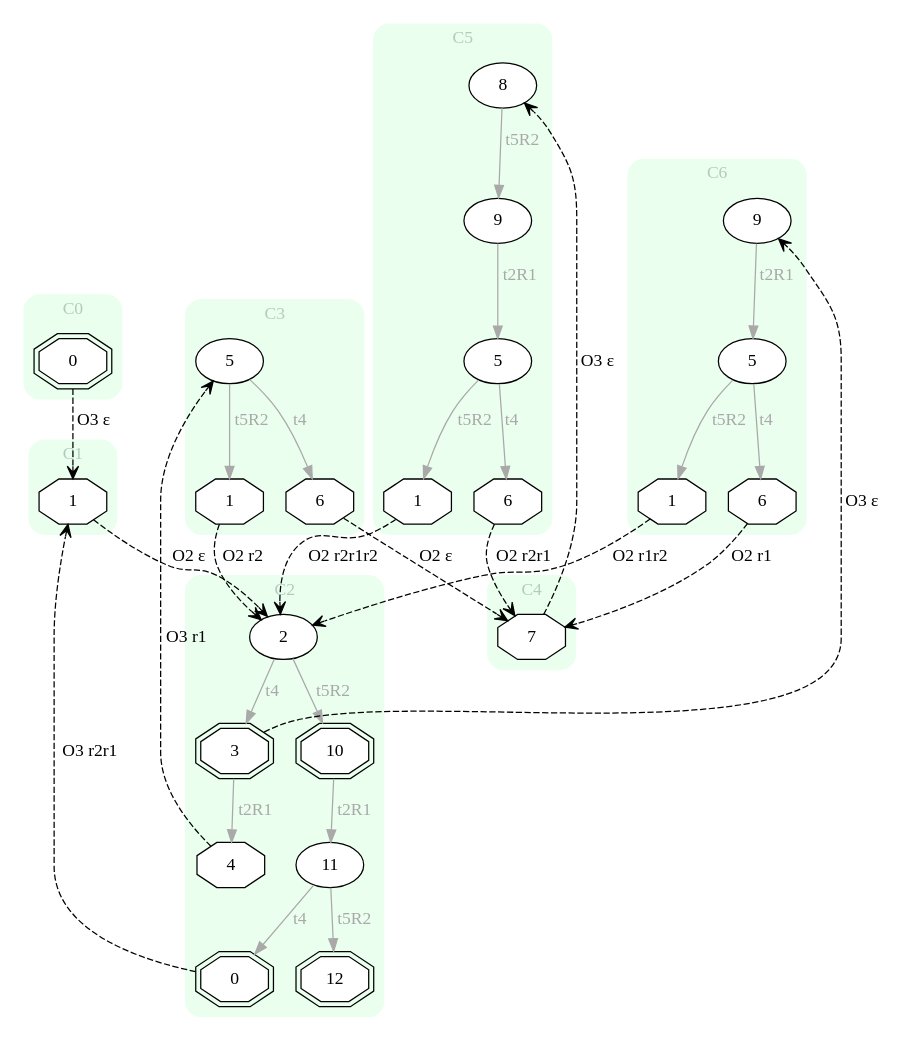
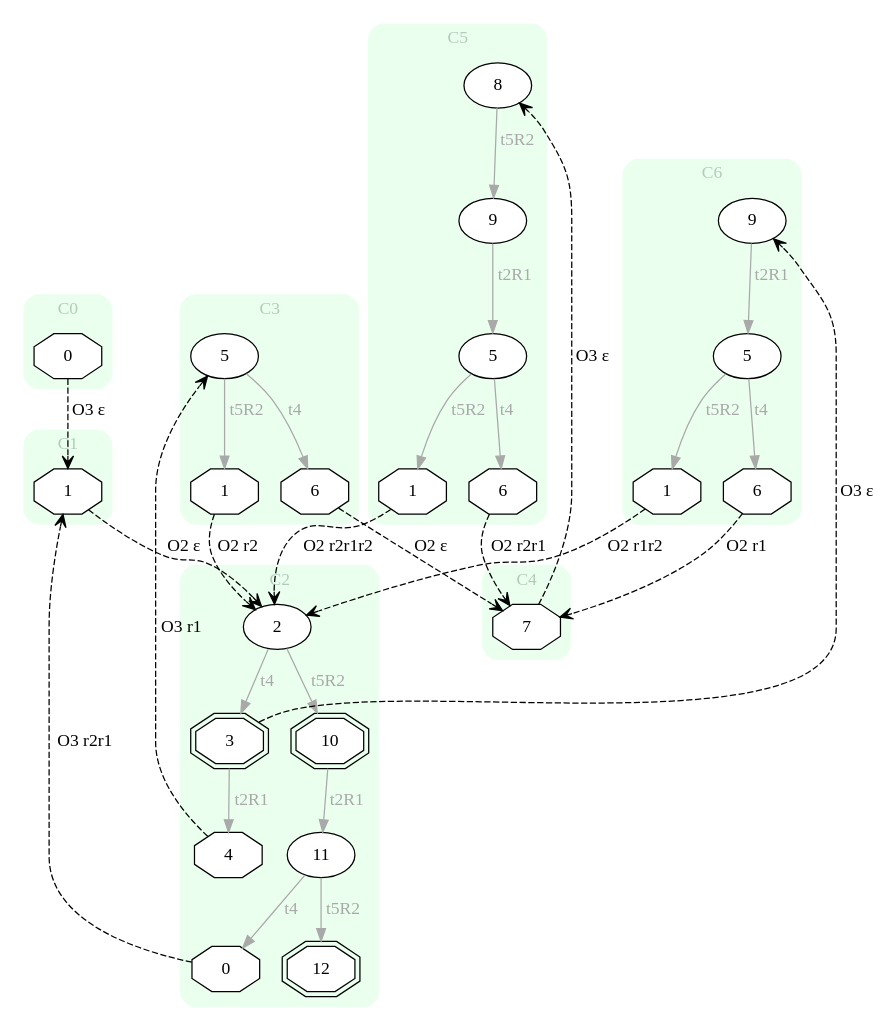
The diagram in input/e_EXP.dot (Stefano-BS/Explanatory-Diagnosis), drawn with Graphviz before and after one commit. The commit also changed 35 other files, not shown here.

```diff
--- a/input/e_EXP.dot
+++ b/input/e_EXP.dot
@@ -1,80 +1,80 @@
 digraph "EXPinput/e" {
 node [style=filled fillcolor=white]
 subgraph cluster0 {
 style="rounded,filled" label="C0" fontcolor="#B2CCBB" color="#EAFFEE"
 edge[color=darkgray fontcolor=darkgray]
-node [shape=doubleoctagon]; C0S0 [label=0];
+node [shape=octagon]; C0S0 [label=0];
 }
 subgraph cluster1 {
 style="rounded,filled" label="C1" fontcolor="#B2CCBB" color="#EAFFEE"
 edge[color=darkgray fontcolor=darkgray]
 node [shape=octagon]; C1S1 [label=1];
 }
 subgraph cluster2 {
 style="rounded,filled" label="C2" fontcolor="#B2CCBB" color="#EAFFEE"
 edge[color=darkgray fontcolor=darkgray]
 node [shape=oval]; C2S2 [label=2];
-node [shape=doubleoctagon]; C2S0 [label=0];
+node [shape=octagon]; C2S0 [label=0];
 node [shape=doubleoctagon]; C2S3 [label=3];
 node [shape=octagon]; C2S4 [label=4];
 node [shape=doubleoctagon]; C2S10 [label=10];
 node [shape=oval]; C2S11 [label=11];
 node [shape=doubleoctagon]; C2S12 [label=12];
 C2S2 -> C2S3 [label=t4]
 C2S2 -> C2S10 [label=t5R2]
 C2S3 -> C2S4 [label=t2R1]
 C2S10 -> C2S11 [label=t2R1]
 C2S11 -> C2S0 [label=t4]
 C2S11 -> C2S12 [label=t5R2]
 }
 subgraph cluster3 {
 style="rounded,filled" label="C3" fontcolor="#B2CCBB" color="#EAFFEE"
 edge[color=darkgray fontcolor=darkgray]
 node [shape=oval]; C3S5 [label=5];
 node [shape=octagon]; C3S1 [label=1];
 node [shape=octagon]; C3S6 [label=6];
 C3S5 -> C3S6 [label=t4]
 C3S5 -> C3S1 [label=t5R2]
 }
 subgraph cluster4 {
 style="rounded,filled" label="C4" fontcolor="#B2CCBB" color="#EAFFEE"
 edge[color=darkgray fontcolor=darkgray]
 node [shape=octagon]; C4S7 [label=7];
 }
 subgraph cluster5 {
 style="rounded,filled" label="C5" fontcolor="#B2CCBB" color="#EAFFEE"
 edge[color=darkgray fontcolor=darkgray]
 node [shape=oval]; C5S8 [label=8];
 node [shape=oval]; C5S5 [label=5];
 node [shape=octagon]; C5S6 [label=6];
 node [shape=octagon]; C5S1 [label=1];
 node [shape=oval]; C5S9 [label=9];
 C5S8 -> C5S9 [label=t5R2]
 C5S5 -> C5S6 [label=t4]
 C5S5 -> C5S1 [label=t5R2]
 C5S9 -> C5S5 [label=t2R1]
 }
 subgraph cluster6 {
 style="rounded,filled" label="C6" fontcolor="#B2CCBB" color="#EAFFEE"
 edge[color=darkgray fontcolor=darkgray]
 node [shape=oval]; C6S9 [label=9];
 node [shape=oval]; C6S5 [label=5];
 node [shape=octagon]; C6S6 [label=6];
 node [shape=octagon]; C6S1 [label=1];
 C6S9 -> C6S5 [label=t2R1]
 C6S5 -> C6S6 [label=t4]
 C6S5 -> C6S1 [label=t5R2]
 }
 C0S0 -> C1S1 [style=dashed arrowhead=vee label="O3 ε"]
 C1S1 -> C2S2 [style=dashed arrowhead=vee label="O2 ε"]
 C2S0 -> C1S1 [style=dashed arrowhead=vee label="O3 r2r1"]
 C2S3 -> C6S9 [style=dashed arrowhead=vee label="O3 ε"]
 C2S4 -> C3S5 [style=dashed arrowhead=vee label="O3 r1"]
 C3S1 -> C2S2 [style=dashed arrowhead=vee label="O2 r2"]
 C3S6 -> C4S7 [style=dashed arrowhead=vee label="O2 ε"]
 C4S7 -> C5S8 [style=dashed arrowhead=vee label="O3 ε"]
 C5S1 -> C2S2 [style=dashed arrowhead=vee label="O2 r2r1r2"]
 C5S6 -> C4S7 [style=dashed arrowhead=vee label="O2 r2r1"]
 C6S1 -> C2S2 [style=dashed arrowhead=vee label="O2 r1r2"]
 C6S6 -> C4S7 [style=dashed arrowhead=vee label="O2 r1"]
 }
```
